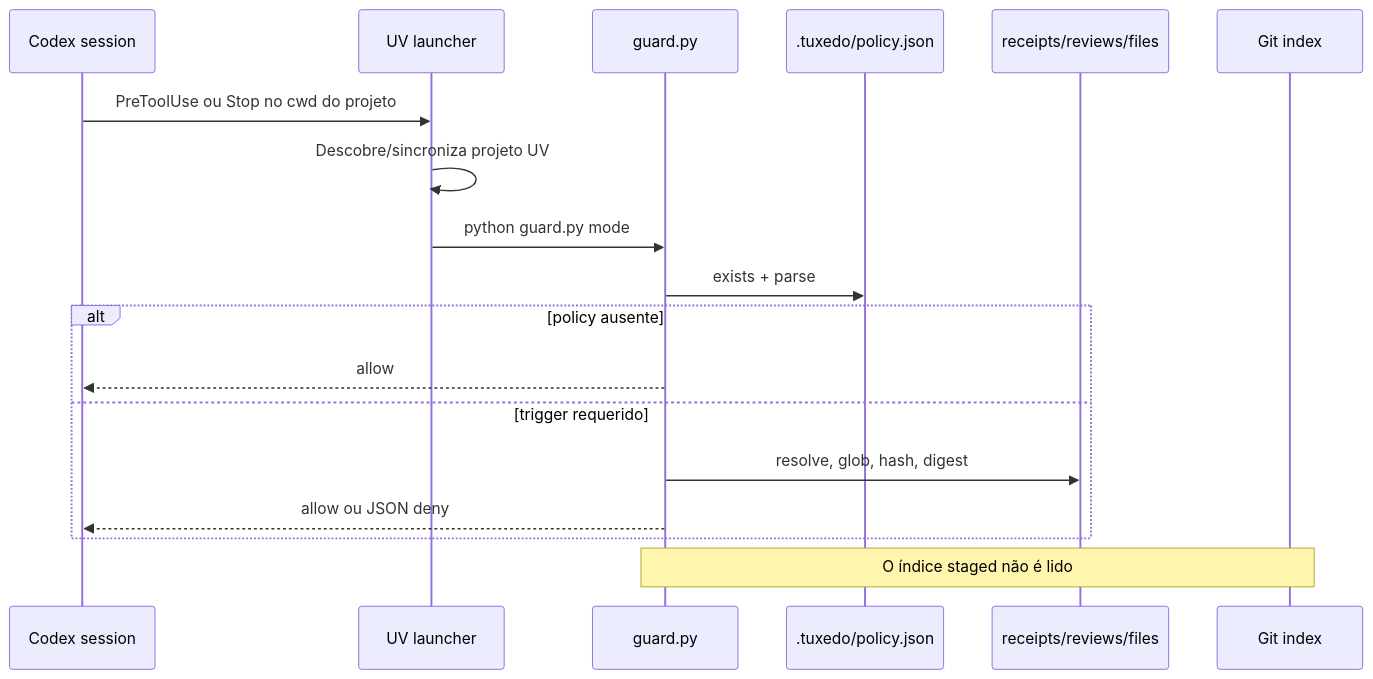
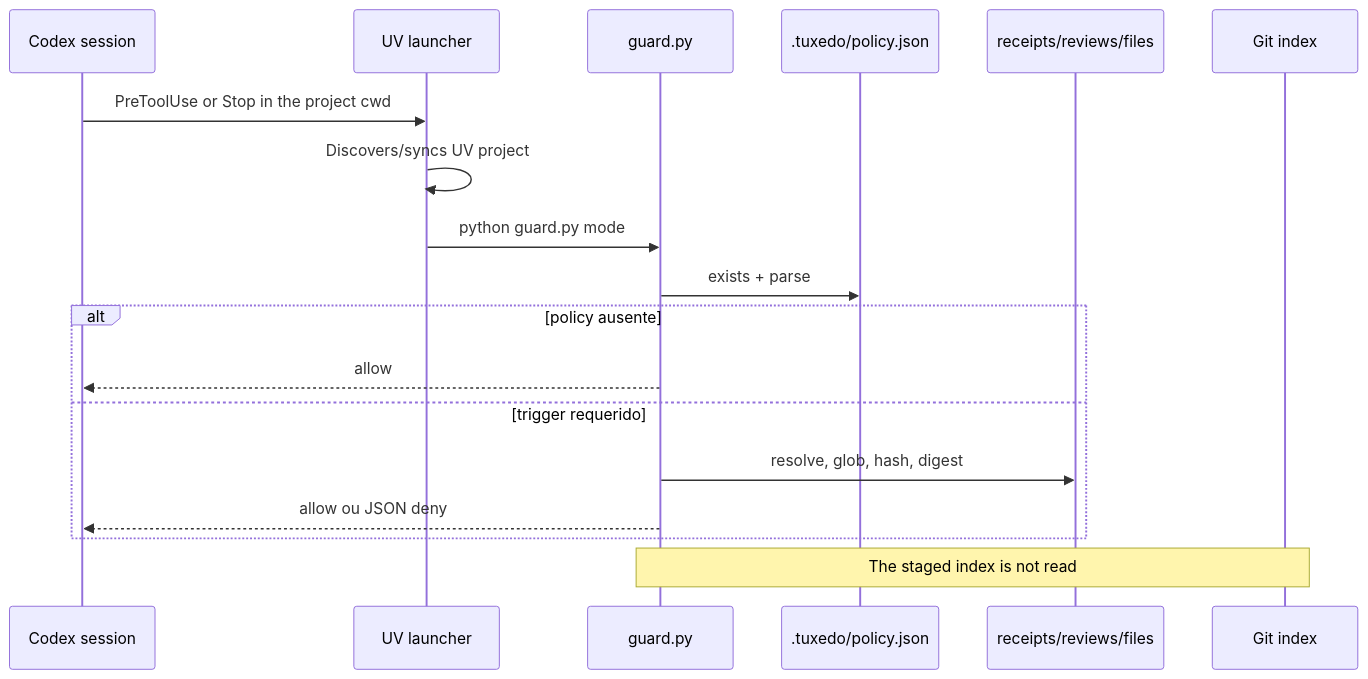
Before and after one commit to woliveiras/baseline: the third of 5 diagrams in docs/internal/audit/2026-08-06-tuxedo-repository-audit/03-product-architecture-and-contracts.md, drawn with Mermaid. The commit also changed other lines of this file and 13 other files, not shown here.

````diff
--- a/docs/internal/audit/2026-08-06-tuxedo-repository-audit/03-product-architecture-and-contracts.md
+++ b/docs/internal/audit/2026-08-06-tuxedo-repository-audit/03-product-architecture-and-contracts.md
@@ -77,21 +77,21 @@
 ```mermaid
 sequenceDiagram
     participant C as Codex session
     participant U as UV launcher
     participant G as guard.py
     participant P as .tuxedo/policy.json
     participant R as receipts/reviews/files
     participant I as Git index
 
-    C->>U: PreToolUse ou Stop no cwd do projeto
-    U->>U: Descobre/sincroniza projeto UV
+    C->>U: PreToolUse or Stop in the project cwd
+    U->>U: Discovers/syncs UV project
     U->>G: python guard.py mode
     G->>P: exists + parse
     alt policy ausente
         G-->>C: allow
     else trigger requerido
         G->>R: resolve, glob, hash, digest
         G-->>C: allow ou JSON deny
     end
-    Note over G,I: O índice staged não é lido
+    Note over G,I: The staged index is not read
 ```
````
